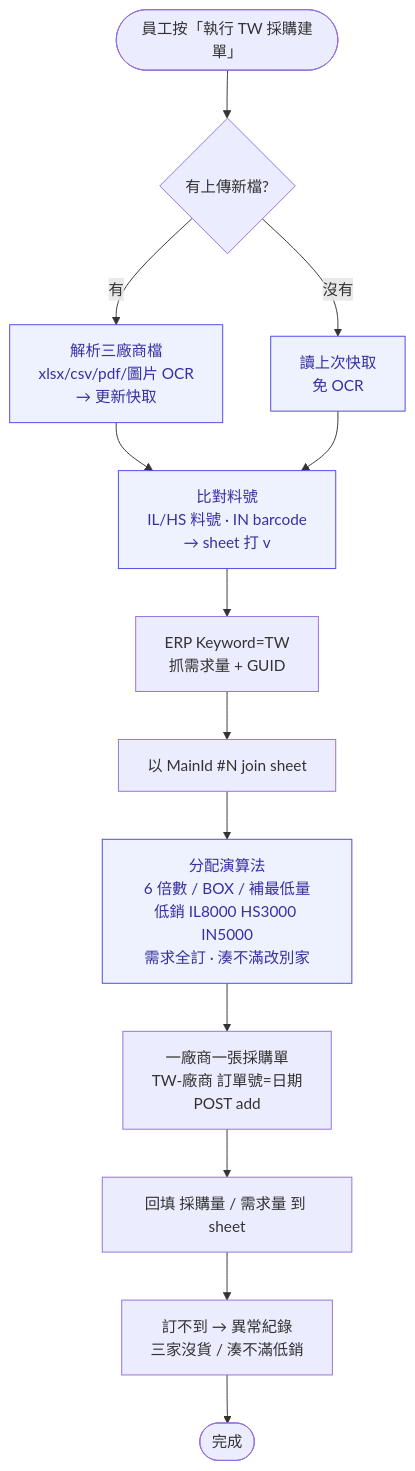
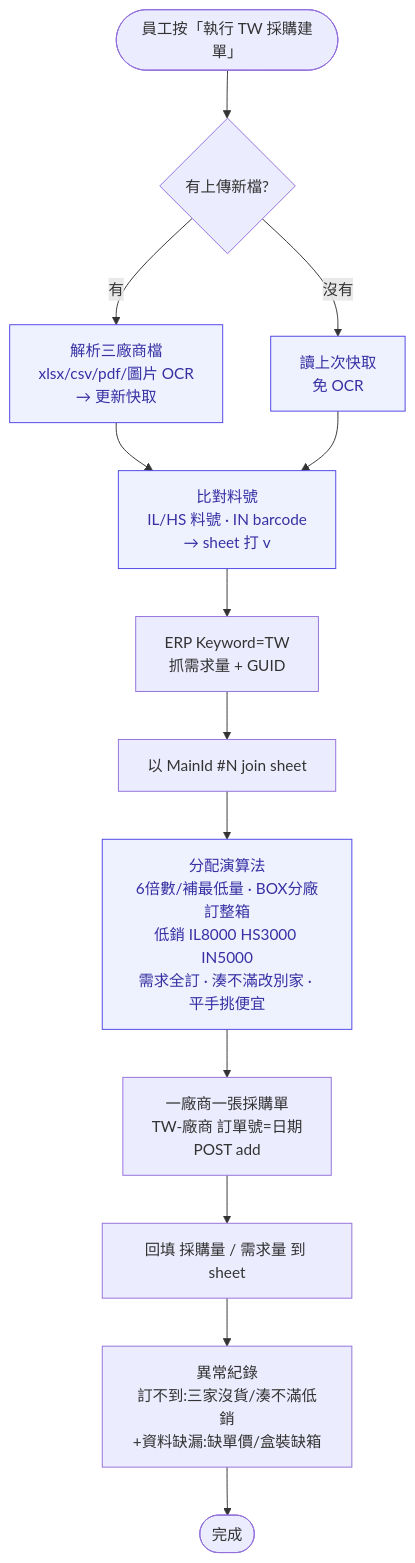
The fifth of 6 diagrams in README.md (mamiclores-cloud/Justin-ERP-purchase), drawn with Mermaid before and after one commit. The commit also changed other lines of this file and 1 other file, not shown here.

First line of the commit message:
docs(tw): 修 mermaid 邊標籤破圖 + 圖/表更新到最新實作

````diff
--- a/README.md
+++ b/README.md
@@ -340,18 +340,18 @@
 ```mermaid
 flowchart TD
     Start([員工按「執行 TW 採購建單」]) --> Up{有上傳新檔?}
     Up -->|有| Parse[解析三廠商檔<br/>xlsx/csv/pdf/圖片 OCR<br/>→ 更新快取]
     Up -->|沒有| Cache[讀上次快取<br/>免 OCR]
     Parse --> WriteV[比對料號<br/>IL/HS 料號 · IN barcode<br/>→ sheet 打 v]
     Cache --> WriteV
     WriteV --> Demand[ERP Keyword=TW<br/>抓需求量 + GUID]
     Demand --> Join[以 MainId #N join sheet]
-    Join --> Alloc[分配演算法<br/>6 倍數 / BOX / 補最低量<br/>低銷 IL8000 HS3000 IN5000<br/>需求全訂 · 湊不滿改別家]
+    Join --> Alloc[分配演算法<br/>6倍數/補最低量 · BOX分廠訂整箱<br/>低銷 IL8000 HS3000 IN5000<br/>需求全訂 · 湊不滿改別家 · 平手挑便宜]
     Alloc --> PO[一廠商一張採購單<br/>TW-廠商 訂單號=日期<br/>POST add]
     PO --> Back[回填 採購量 / 需求量 到 sheet]
-    Back --> Anom[訂不到 → 異常紀錄<br/>三家沒貨 / 湊不滿低銷]
+    Back --> Anom[異常紀錄<br/>訂不到:三家沒貨/湊不滿低銷<br/>+資料缺漏:缺單價/盒裝缺箱]
     Anom --> End([完成])
 
     classDef a fill:#eef2ff,stroke:#4f46e5,color:#3730a3
     class Parse,Cache,WriteV,Alloc a
 ```
````
